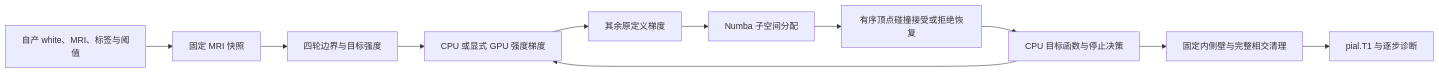
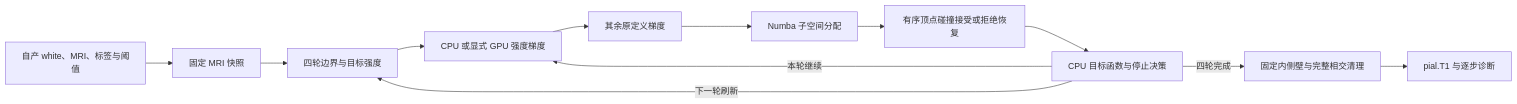
The diagram in src/fnit/recon_all/PLACEMENT_SAMPLING_20261002.md (weikanggong1/Fudan-Neuroimaging-toolkit), drawn with Mermaid before and after one commit.

Commit message:
Show four-pass boundary refresh in placement flowchart

````diff
--- a/src/fnit/recon_all/PLACEMENT_SAMPLING_20261002.md
+++ b/src/fnit/recon_all/PLACEMENT_SAMPLING_20261002.md
@@ -7,13 +7,14 @@
 ```mermaid
 flowchart LR
   A[自产 white、MRI、标签与阈值] --> B[固定 MRI 快照]
   B --> C[四轮边界与目标强度]
   C --> D[CPU 或显式 GPU 强度梯度]
   D --> E[其余原定义梯度]
   E --> F[Numba 子空间分配]
   F --> G[有序顶点碰撞接受或拒绝恢复]
   G --> H[CPU 目标函数与停止决策]
-  H --> D
-  H --> I[固定内侧壁与完整相交清理]
+  H -->|本轮继续| D
+  H -->|下一轮刷新| C
+  H -->|四轮完成| I[固定内侧壁与完整相交清理]
   I --> J[pial.T1 与逐步诊断]
 ```
````
